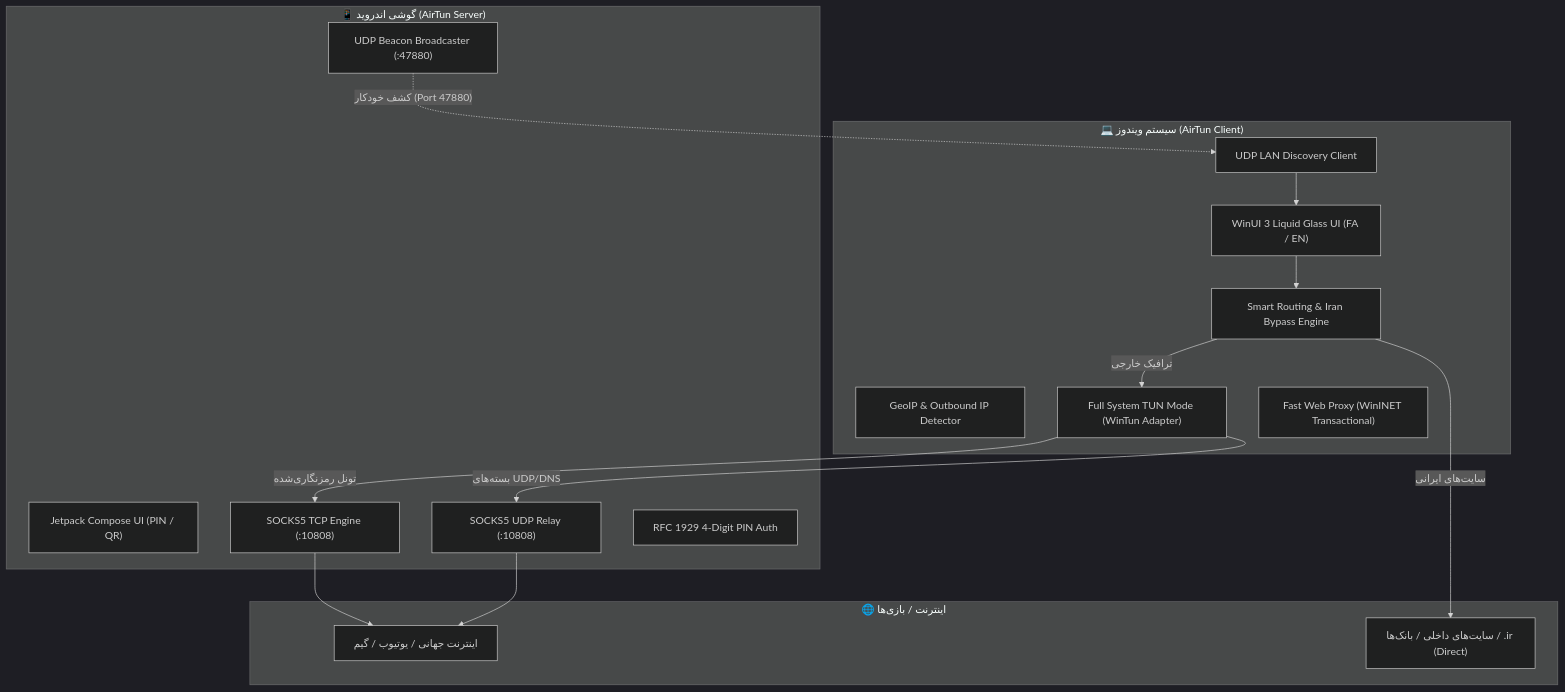
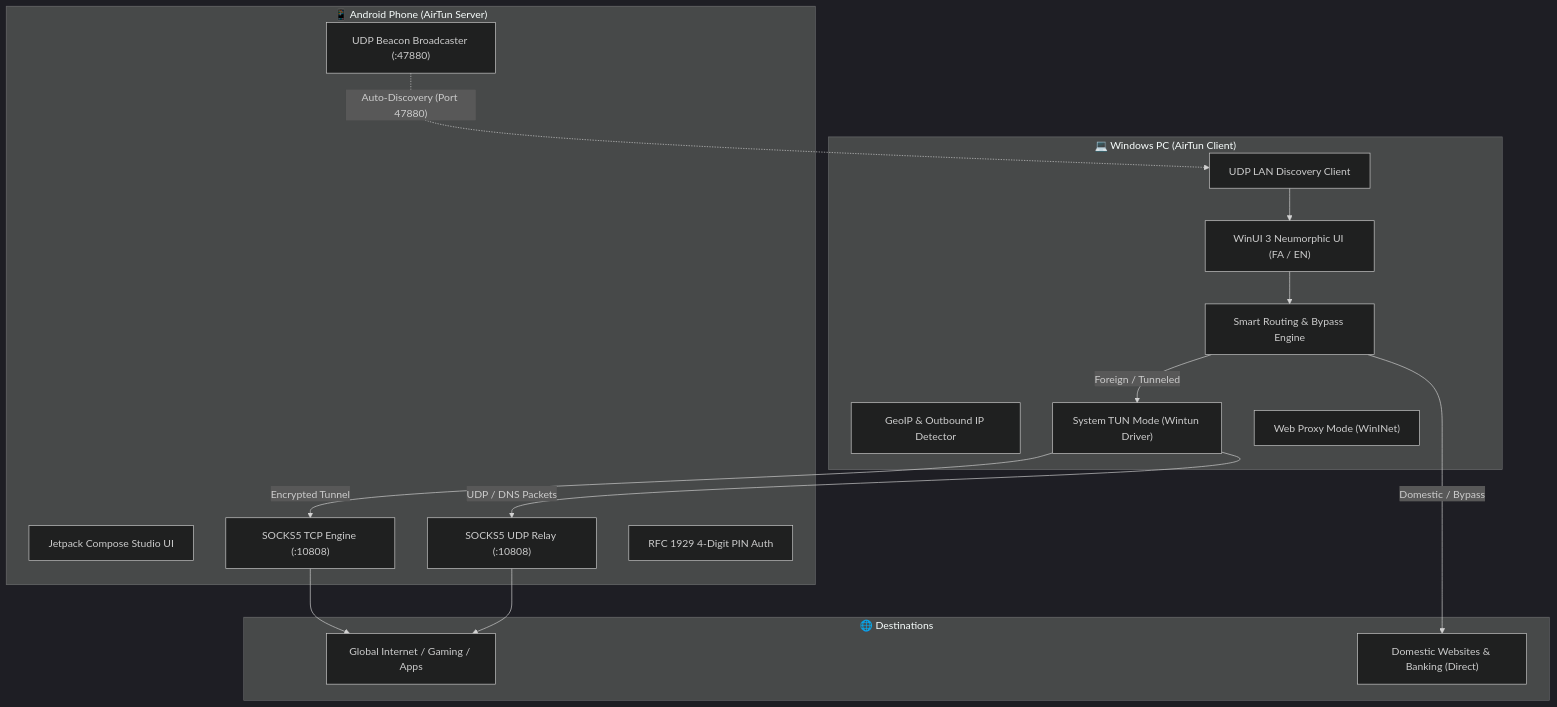
Before and after one commit to leoson95/AirTun: the diagram in README.md, drawn with Mermaid (dark theme). The commit also changed other lines of this file, not shown here.

````diff
--- a/README.md
+++ b/README.md
@@ -66,34 +63,34 @@
 ```mermaid
 graph TD
-    subgraph Android["📱 گوشی اندروید (AirTun Server)"]
-        UI_A["Jetpack Compose UI (PIN / QR)"]
+    subgraph Android["📱 Android Phone (AirTun Server)"]
+        UI_A["Jetpack Compose Studio UI"]
         Beacon["UDP Beacon Broadcaster (:47880)"]
         SocksTCP["SOCKS5 TCP Engine (:10808)"]
         SocksUDP["SOCKS5 UDP Relay (:10808)"]
         Auth["RFC 1929 4-Digit PIN Auth"]
     end
 
-    subgraph Windows["💻 سیستم ویندوز (AirTun Client)"]
-        UI_W["WinUI 3 Liquid Glass UI (FA / EN)"]
+    subgraph Windows["💻 Windows PC (AirTun Client)"]
+        UI_W["WinUI 3 Neumorphic UI (FA / EN)"]
         Disc["UDP LAN Discovery Client"]
-        Routing["Smart Routing & Iran Bypass Engine"]
+        Routing["Smart Routing & Bypass Engine"]
         Geo["GeoIP & Outbound IP Detector"]
-        ModeTun["Full System TUN Mode (WinTun Adapter)"]
-        ModeProxy["Fast Web Proxy (WinINET Transactional)"]
+        ModeTun["System TUN Mode (Wintun Driver)"]
+        ModeProxy["Web Proxy Mode (WinINet)"]
     end
 
-    subgraph Target["🌐 اینترنت / بازی‌ها"]
-        Web["اینترنت جهانی / یوتیوب / گیم"]
-        Domestic["سایت‌های داخلی / بانک‌ها / .ir (Direct)"]
+    subgraph Target["🌐 Destinations"]
+        Web["Global Internet / Gaming / Apps"]
+        Domestic["Domestic Websites & Banking (Direct)"]
     end
 
-    Beacon -.->|"کشف خودکار (Port 47880)"| Disc
+    Beacon -.->|"Auto-Discovery (Port 47880)"| Disc
     Disc --> UI_W
     UI_W --> Routing
-    Routing -->|"ترافیک خارجی"| ModeTun
-    Routing -->|"سایت‌های ایرانی"| Domestic
-    ModeTun -->|"تونل رمزنگاری‌شده"| SocksTCP
-    ModeTun -->|"بسته‌های UDP/DNS"| SocksUDP
+    Routing -->|"Foreign / Tunneled"| ModeTun
+    Routing -->|"Domestic / Bypass"| Domestic
+    ModeTun -->|"Encrypted Tunnel"| SocksTCP
+    ModeTun -->|"UDP / DNS Packets"| SocksUDP
     SocksTCP --> Web
     SocksUDP --> Web
 ```
````
